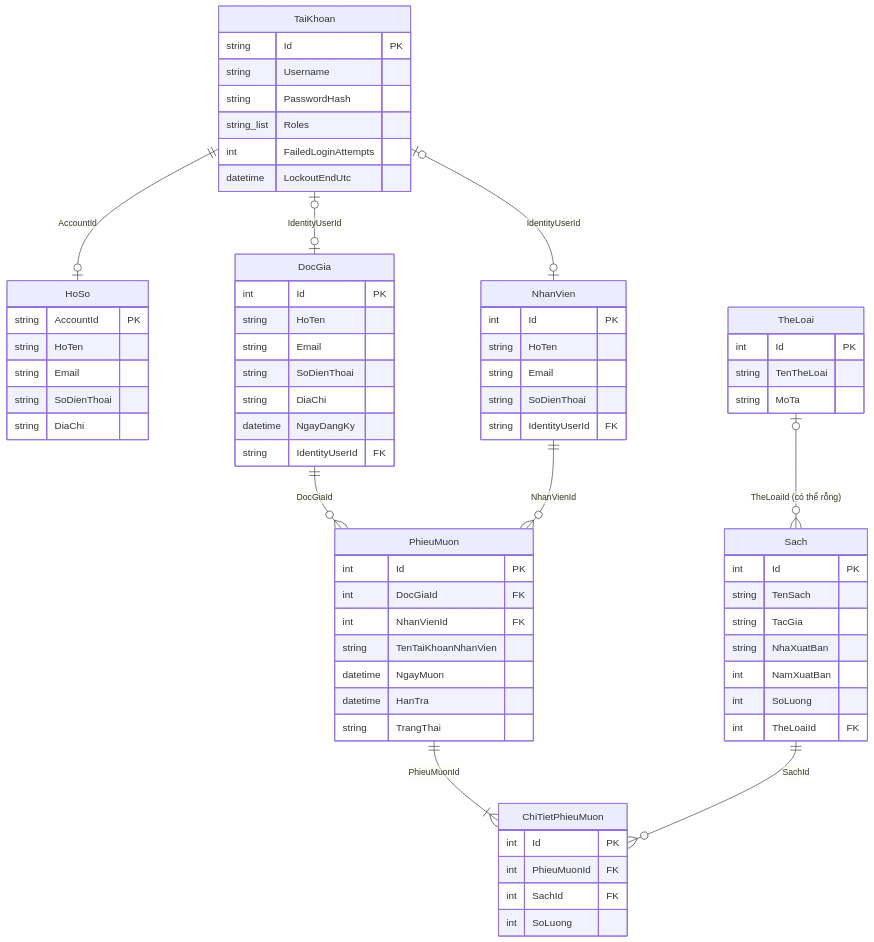
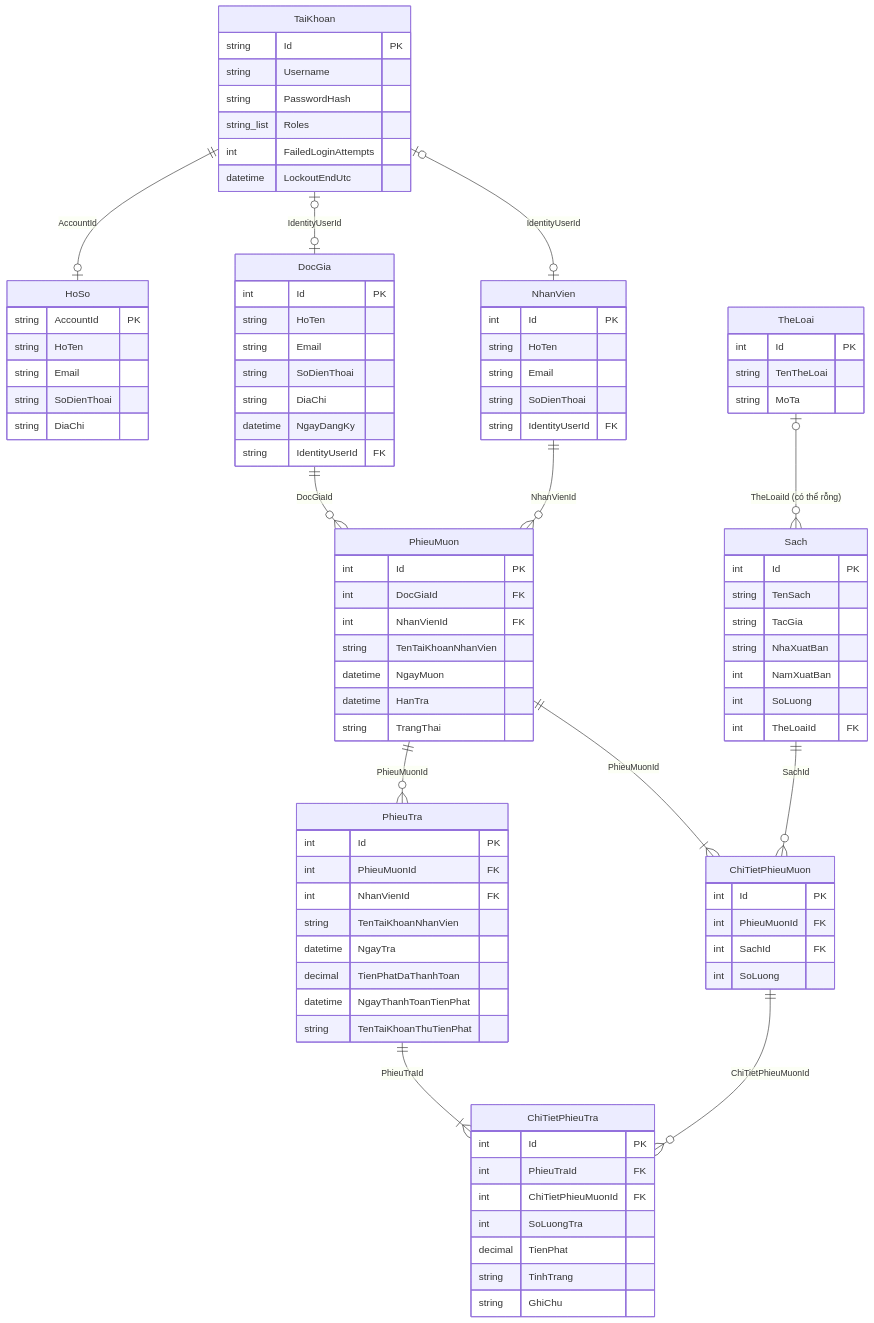
The first of 2 diagrams in docs/ERD.md (KiuKuma/quan-ly-muon-tra-sach-thu-vien), drawn with Mermaid before and after one commit. The commit also changed other lines of this file and 26 other files, not shown here.

Commit message:
feat: xu ly luong tao phieu muon, tra sach va tinh tien phat tre han luy tien

````diff
--- a/docs/ERD.md
+++ b/docs/ERD.md
@@ -31,6 +33,9 @@
     NhanVien ||--o{ PhieuMuon : "NhanVienId"
     PhieuMuon ||--|{ ChiTietPhieuMuon : "PhieuMuonId"
     Sach ||--o{ ChiTietPhieuMuon : "SachId"
+    PhieuMuon ||--o{ PhieuTra : "PhieuMuonId"
+    PhieuTra ||--|{ ChiTietPhieuTra : "PhieuTraId"
+    ChiTietPhieuMuon ||--o{ ChiTietPhieuTra : "ChiTietPhieuMuonId"
 
     TaiKhoan {
         string Id PK
@@ -92,4 +97,23 @@
         int SachId FK
         int SoLuong
     }
+    PhieuTra {
+        int Id PK
+        int PhieuMuonId FK
+        int NhanVienId FK
+        string TenTaiKhoanNhanVien
+        datetime NgayTra
+        decimal TienPhatDaThanhToan
+        datetime NgayThanhToanTienPhat
+        string TenTaiKhoanThuTienPhat
+    }
+    ChiTietPhieuTra {
+        int Id PK
+        int PhieuTraId FK
+        int ChiTietPhieuMuonId FK
+        int SoLuongTra
+        decimal TienPhat
+        string TinhTrang
+        string GhiChu
+    }
 ```
````
